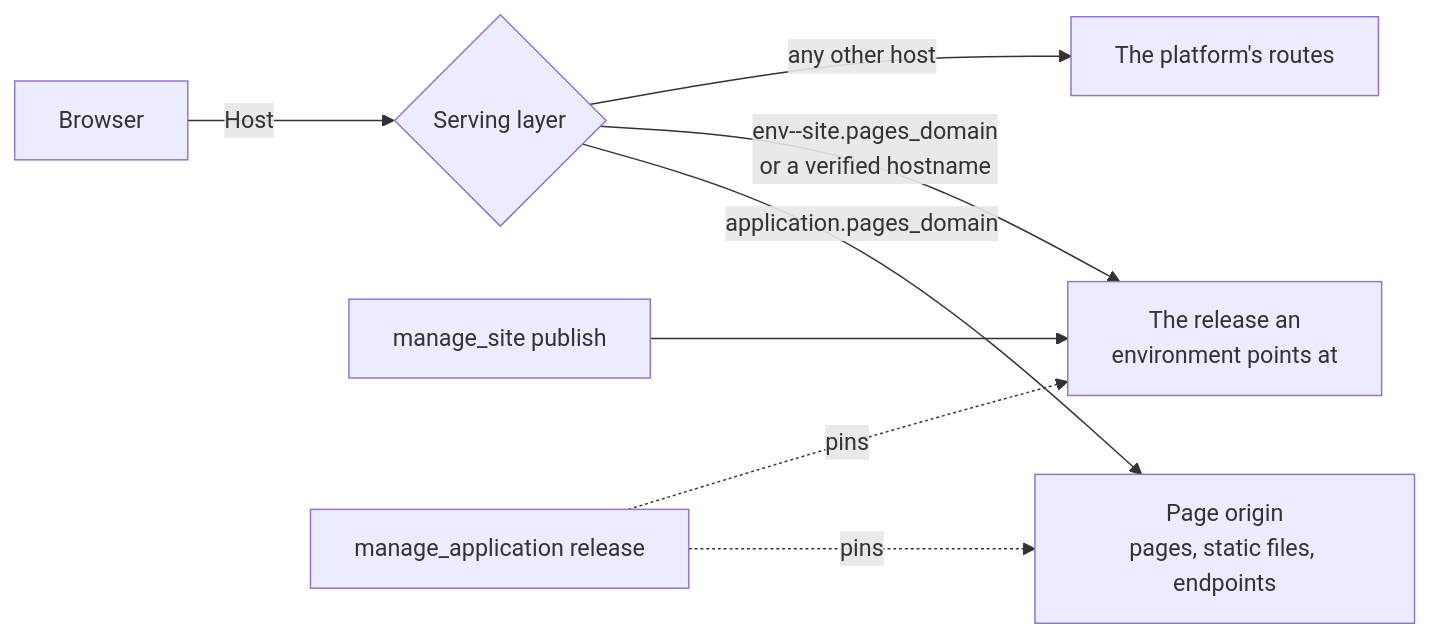
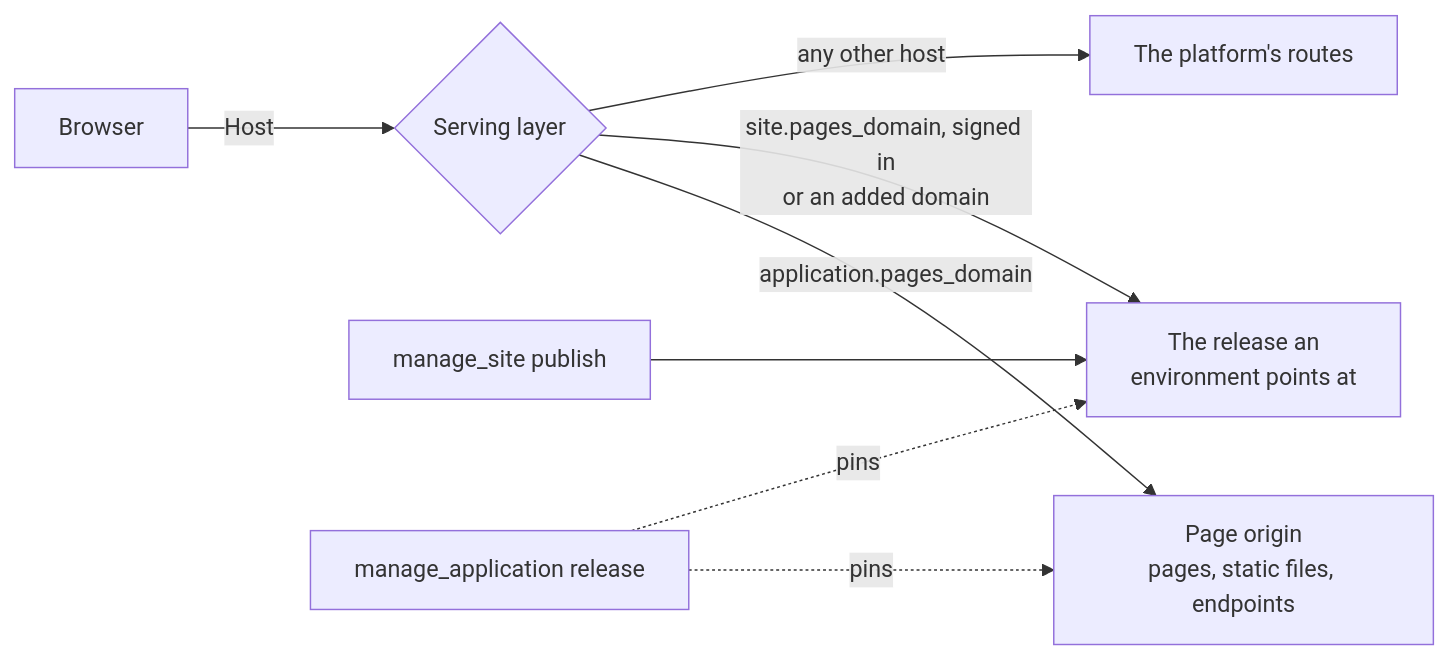
The diagram in internal/platform/knowledgebuiltin/pages/pages-and-sites.md (txn2/mcp-data-platform), drawn with Mermaid before and after one commit. The commit also changed other lines of this file and 148 other files, not shown here.

````diff
--- a/internal/platform/knowledgebuiltin/pages/pages-and-sites.md
+++ b/internal/platform/knowledgebuiltin/pages/pages-and-sites.md
@@ -8,9 +8,9 @@
 ```mermaid
 flowchart LR
   B["Browser"] -- "Host" --> G{"Serving layer"}
   G -- "application.pages_domain" --> P["Page origin<br/>pages, static files, endpoints"]
-  G -- "env--site.pages_domain<br/>or a verified hostname" --> R["The release an<br/>environment points at"]
+  G -- "site.pages_domain, signed in<br/>or an added domain" --> R["The release an<br/>environment points at"]
   G -- "any other host" --> M["The platform's routes"]
   S["manage_site publish"] --> R
   A["manage_application release"] -. "pins" .-> P & R
 ```
````
